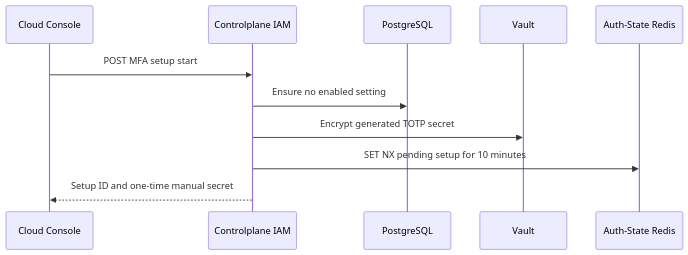
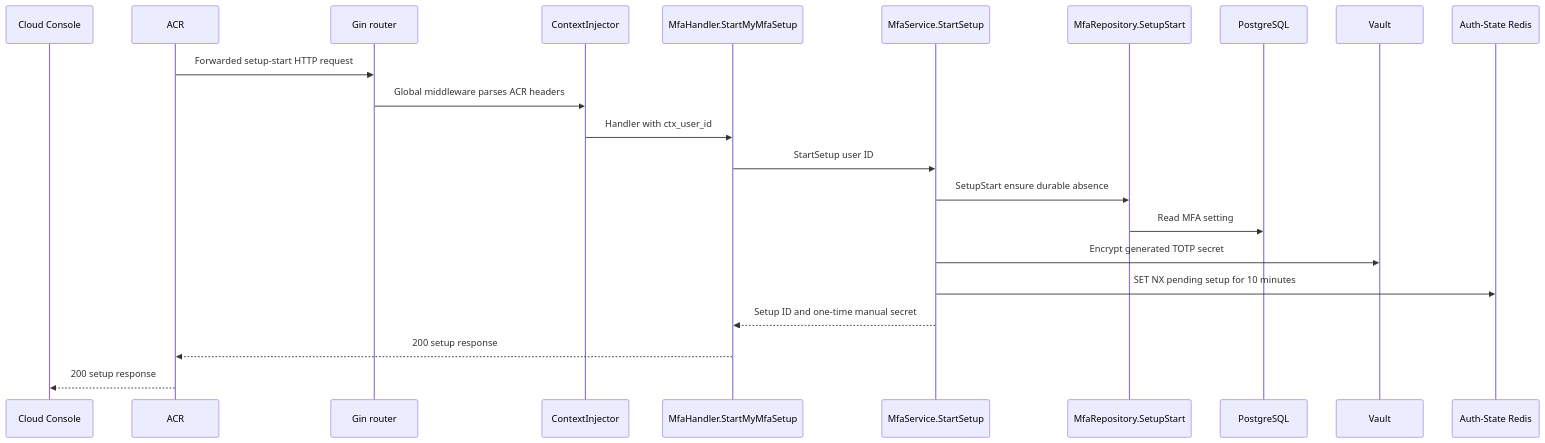
The second of 4 diagrams in god_view/iam/user_mfa_enrollment_god_view_workflow.md (phucle996/aurora), drawn with Mermaid before and after one commit. The commit also changed other lines of this file and 165 other files, not shown here.

````diff
--- a/god_view/iam/user_mfa_enrollment_god_view_workflow.md
+++ b/god_view/iam/user_mfa_enrollment_god_view_workflow.md
@@ -37,14 +98,25 @@
 ```mermaid
 sequenceDiagram
     participant UI as Cloud Console
-    participant IAM as Controlplane IAM
+    participant A as ACR
+    participant G as Gin router
+    participant M as ContextInjector
+    participant H as MfaHandler.StartMyMfaSetup
+    participant S as MfaService.StartSetup
+    participant Repo as MfaRepository.SetupStart
     participant DB as PostgreSQL
     participant V as Vault
     participant R as Auth-State Redis
 
-    UI->>IAM: POST MFA setup start
-    IAM->>DB: Ensure no enabled setting
-    IAM->>V: Encrypt generated TOTP secret
-    IAM->>R: SET NX pending setup for 10 minutes
-    IAM-->>UI: Setup ID and one-time manual secret
+    A->>G: Forwarded setup-start HTTP request
+    G->>M: Global middleware parses ACR headers
+    M->>H: Handler with ctx_user_id
+    H->>S: StartSetup user ID
+    S->>Repo: SetupStart ensure durable absence
+    Repo->>DB: Read MFA setting
+    S->>V: Encrypt generated TOTP secret
+    S->>R: SET NX pending setup for 10 minutes
+    S-->>H: Setup ID and one-time manual secret
+    H-->>A: 200 setup response
+    A-->>UI: 200 setup response
 ```
````
